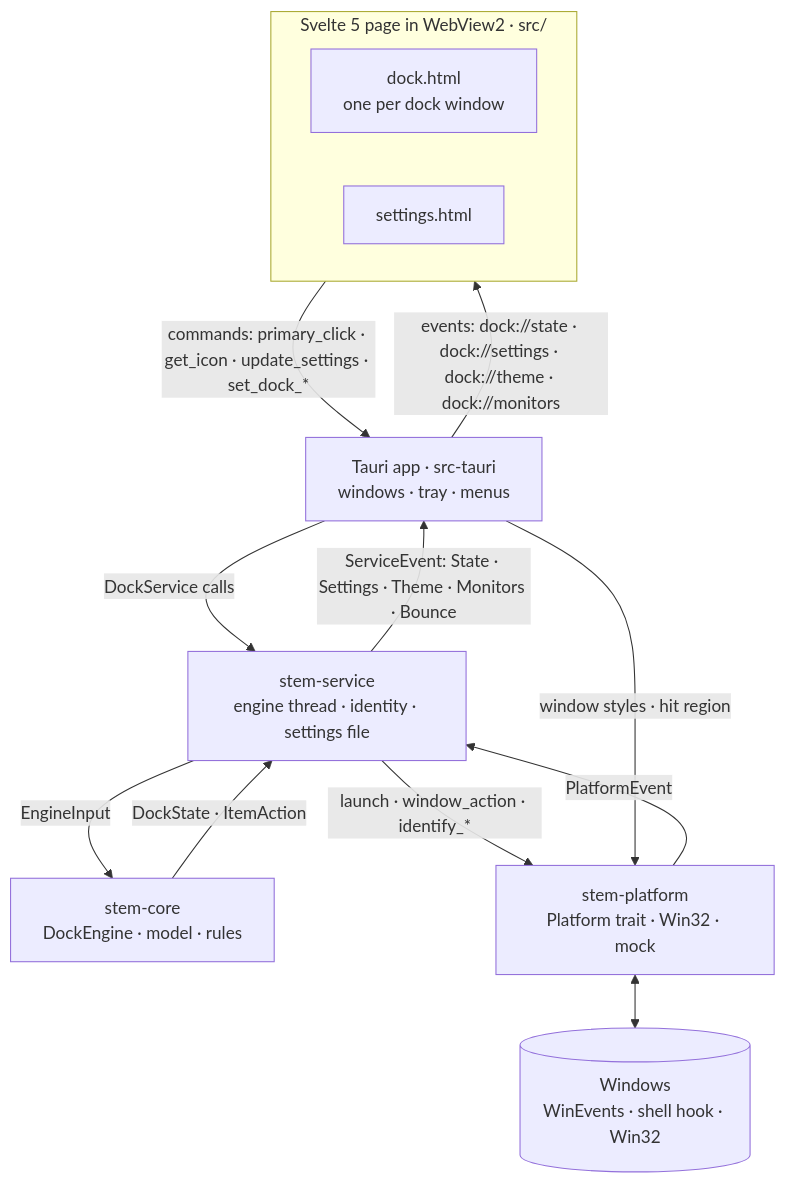
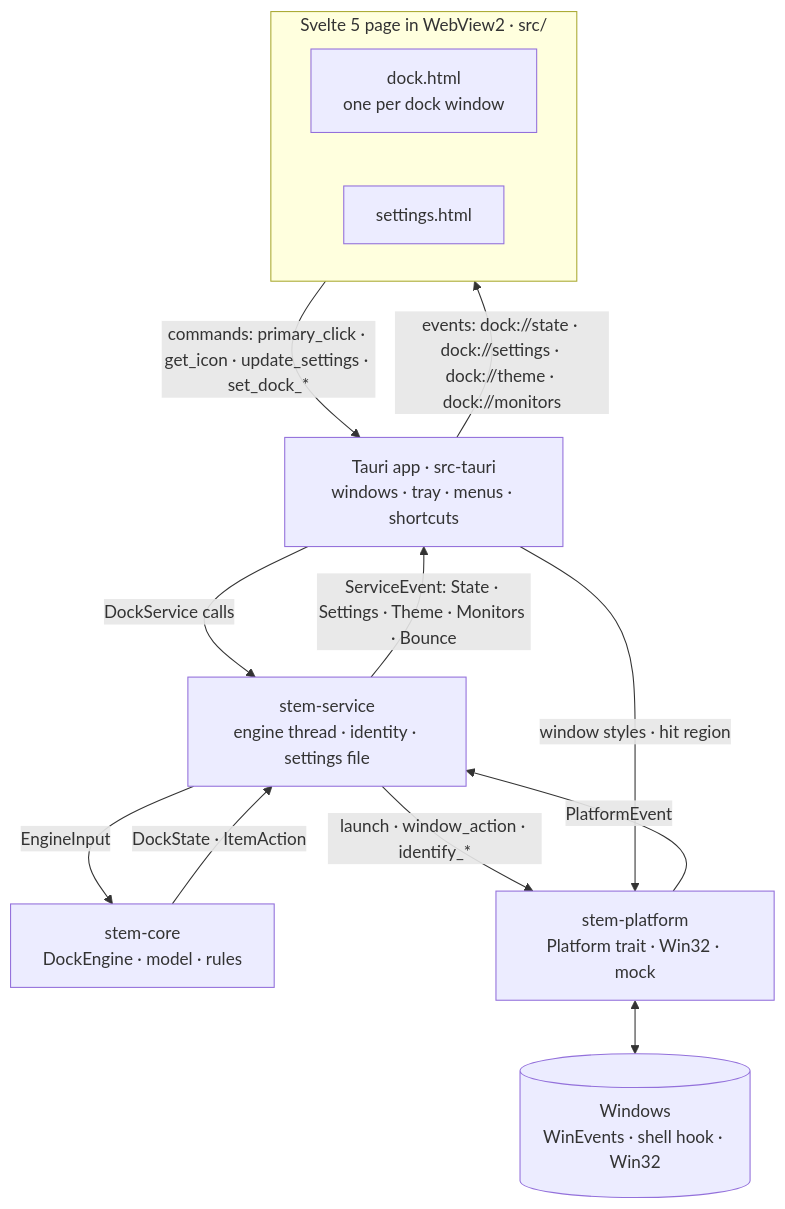
One commit to davidcristian/Cortex-Stem changed the diagram in README.md. Above: the diagram before and after it, drawn with Mermaid. The commit also changed 7 other files, not shown here.

````diff
--- a/README.md
+++ b/README.md
@@ -34,23 +34,23 @@
 ```mermaid
 flowchart TB
     subgraph page["Svelte 5 page in WebView2 · src/"]
         DOCK["dock.html<br>one per dock window"]
         SET["settings.html"]
     end
-    APP["Tauri app · src-tauri<br>windows · tray · menus"]
+    APP["Tauri app · src-tauri<br>windows · tray · menus · shortcuts"]
     SVC["stem-service<br>engine thread · identity · settings file"]
     CORE["stem-core<br>DockEngine · model · rules"]
     PLAT["stem-platform<br>Platform trait · Win32 · mock"]
     WIN[("Windows<br>WinEvents · shell hook · Win32")]
 
     page -->|"commands: primary_click · get_icon · update_settings · set_dock_*"| APP
     APP -->|"events: dock://state · dock://settings · dock://theme · dock://monitors"| page
     APP -->|"DockService calls"| SVC
     SVC -->|"ServiceEvent: State · Settings · Theme · Monitors · Bounce"| APP
     SVC -->|"EngineInput"| CORE
     CORE -->|"DockState · ItemAction"| SVC
     SVC -->|"launch · window_action · identify_*"| PLAT
     PLAT -->|"PlatformEvent"| SVC
     APP -->|"window styles · hit region"| PLAT
     PLAT <--> WIN
 ```
````
